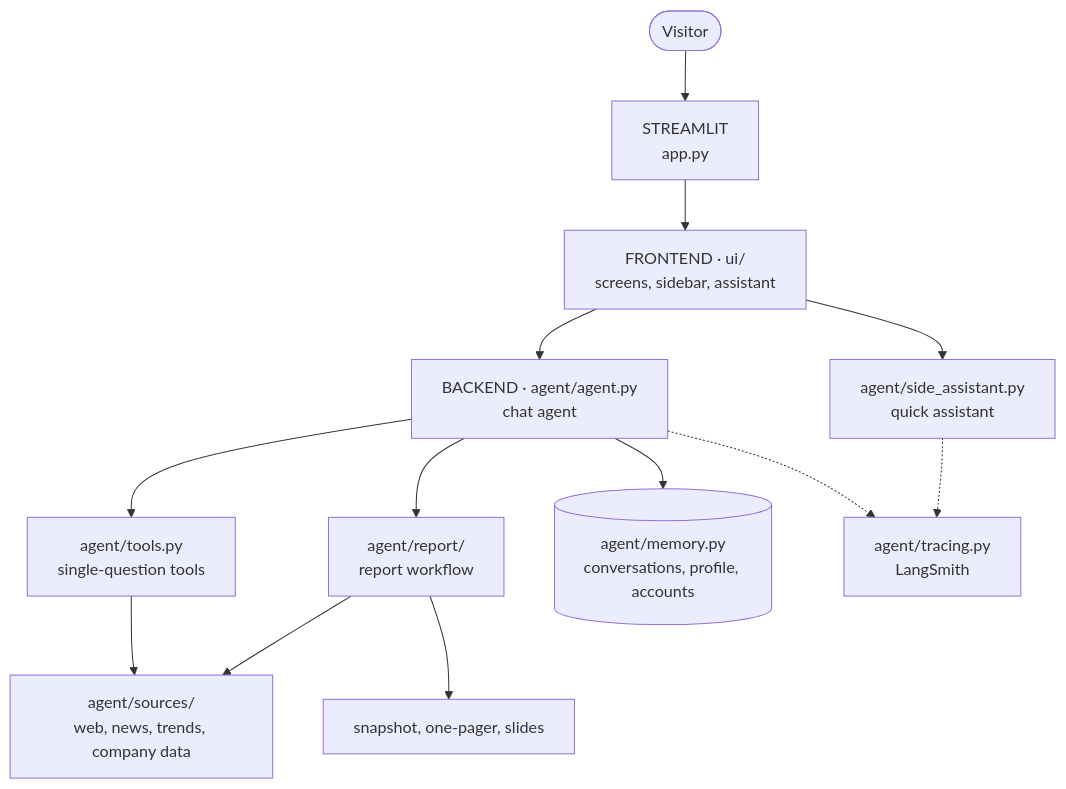
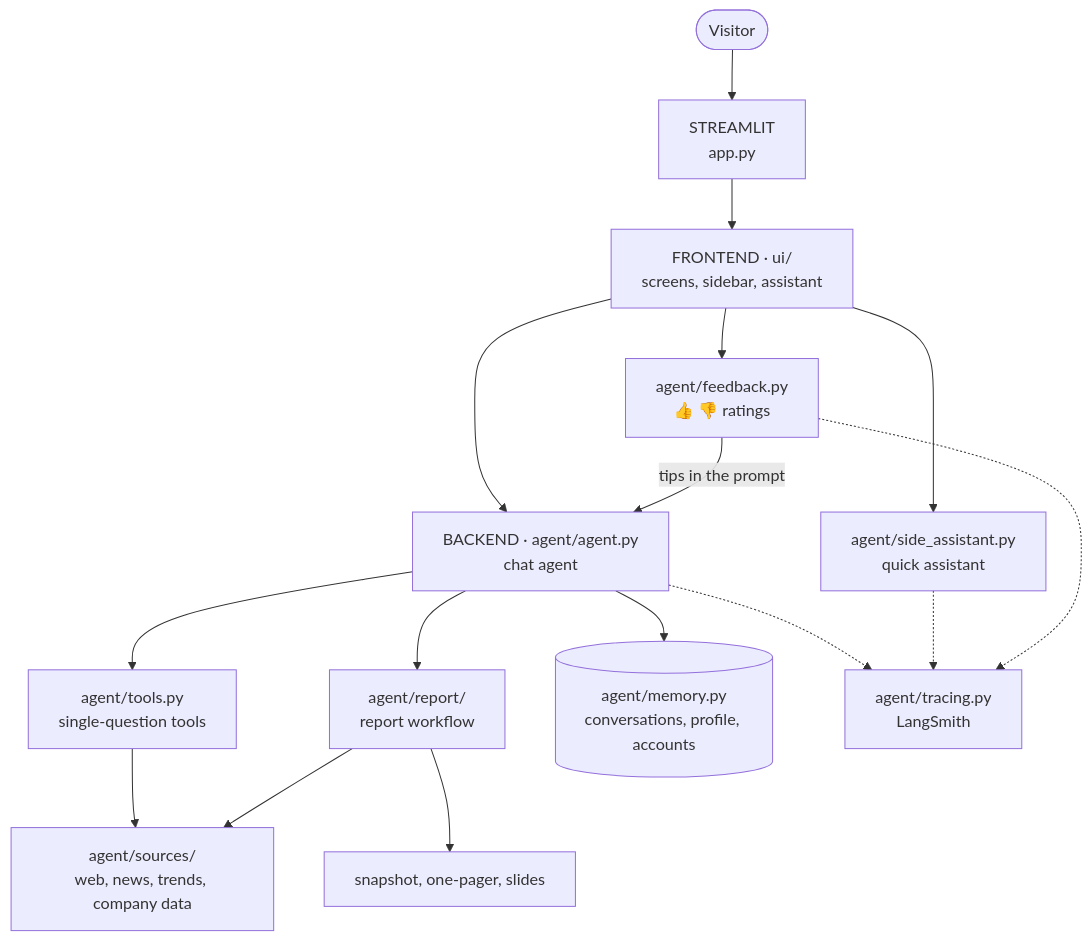
Before and after one commit to Anusha-3109/market-research-assistant: the diagram in README.md, drawn with Mermaid. The commit also changed other lines of this file and 6 other files, not shown here.

````diff
--- a/README.md
+++ b/README.md
@@ -282,15 +291,18 @@
 ```mermaid
 flowchart TD
     visitor([Visitor]) --> app["STREAMLIT<br/>app.py"]
     app --> ui["FRONTEND · ui/<br/>screens, sidebar, assistant"]
     ui --> chat["BACKEND · agent/agent.py<br/>chat agent"]
     ui --> helper["agent/side_assistant.py<br/>quick assistant"]
     chat --> tools["agent/tools.py<br/>single-question tools"]
     chat --> report["agent/report/<br/>report workflow"]
     tools --> sources["agent/sources/<br/>web, news, trends, company data"]
     report --> sources
     report --> layouts["snapshot, one-pager, slides"]
     chat --> memory[("agent/memory.py<br/>conversations, profile, accounts")]
+    ui --> feedback["agent/feedback.py<br/>👍 👎 ratings"]
+    feedback -- "tips in the prompt" --> chat
     chat -.-> tracing["agent/tracing.py<br/>LangSmith"]
     helper -.-> tracing
+    feedback -.-> tracing
 ```
````
